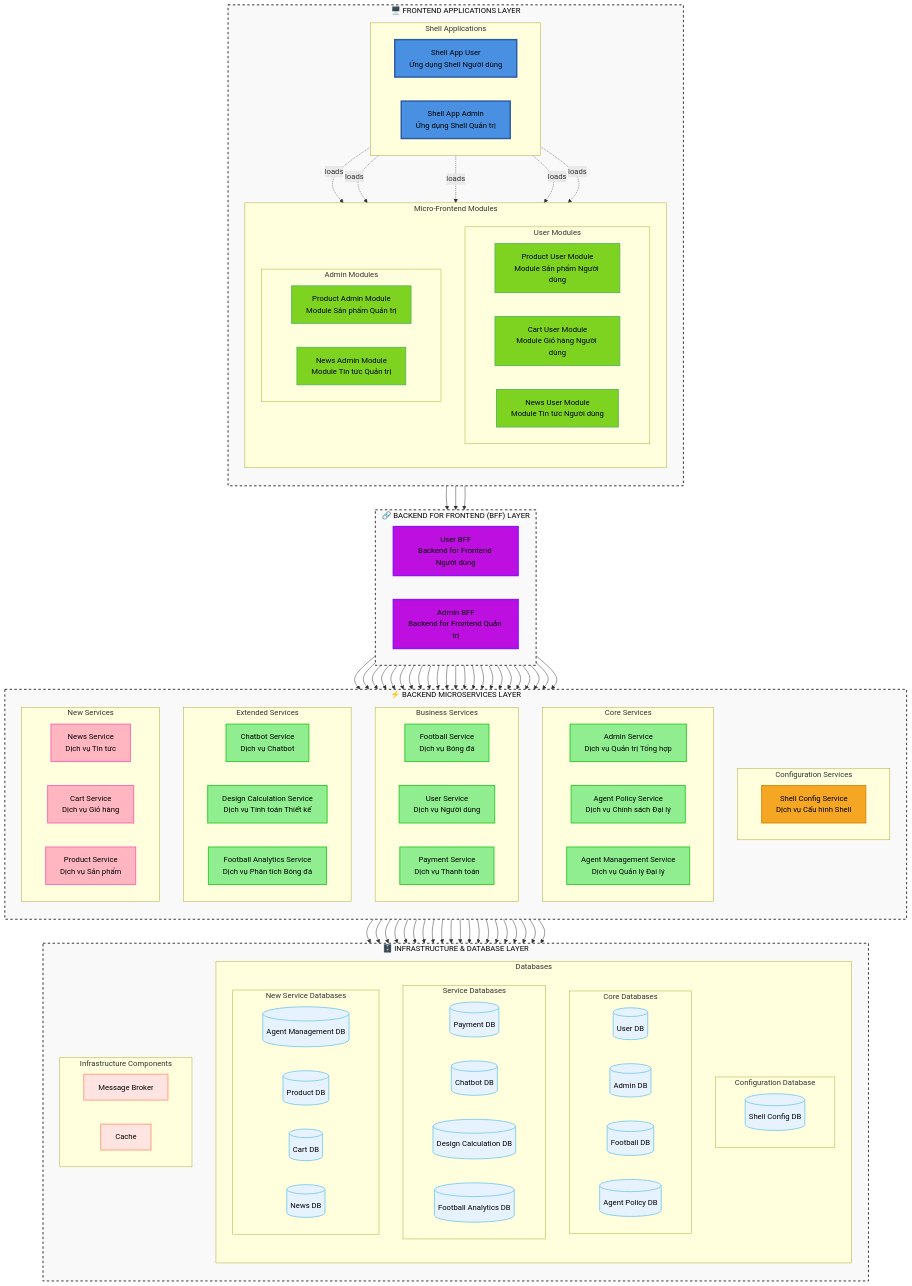
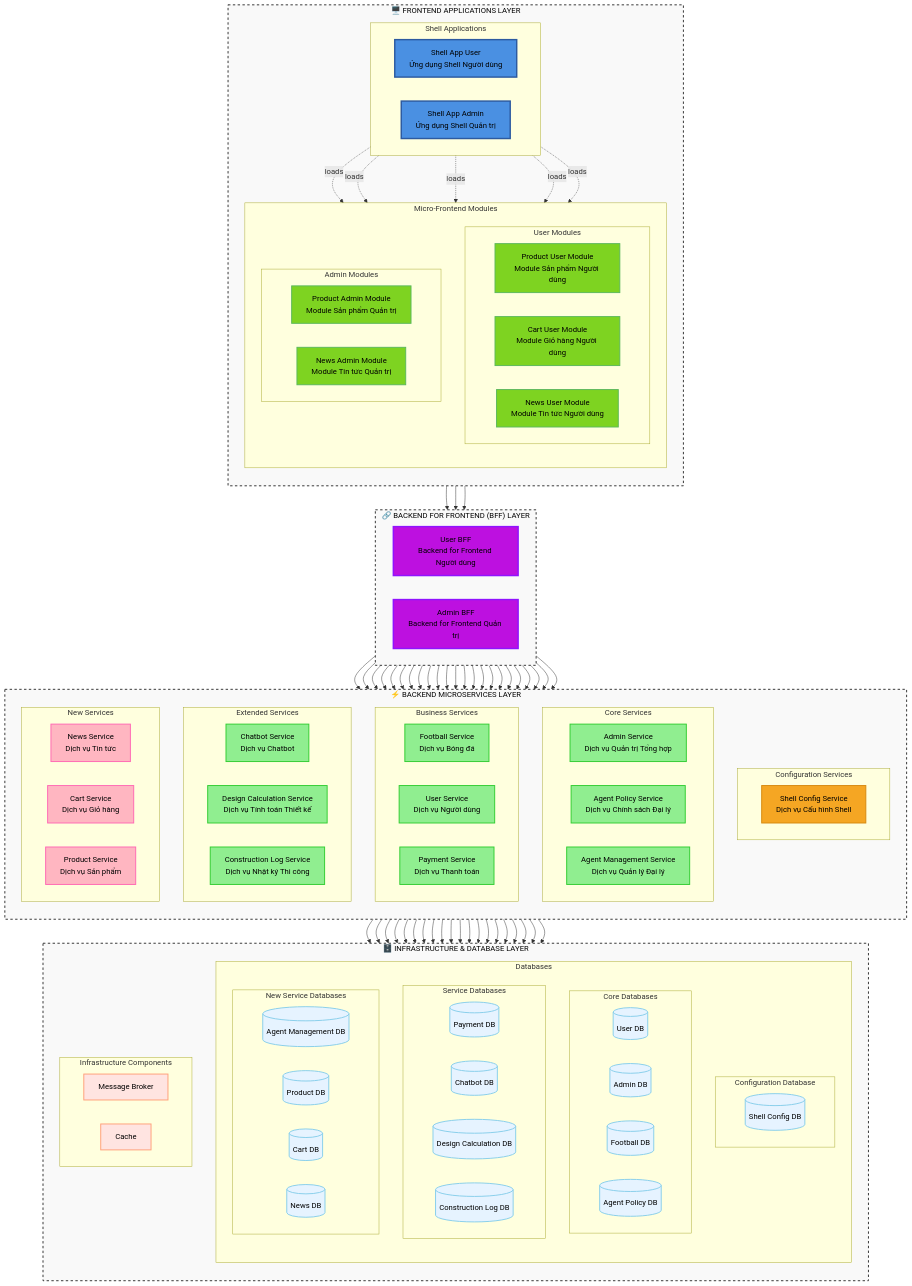
Before and after one commit to khpt1976-cloud/Sodo: the diagram in microservice-football-analytics.mmd, drawn with Mermaid. The commit also changed 6 other files, not shown here.

First line of the commit message:
🔄 Update: Football Analytics Service → Construction Log Service

```diff
--- a/microservice-football-analytics.mmd
+++ b/microservice-football-analytics.mmd
@@ -1,200 +1,200 @@
 flowchart TB
     %% Frontend Layer - Top Level
     subgraph Frontend["🖥️ FRONTEND APPLICATIONS LAYER"]
         direction TB
         subgraph ShellApps["Shell Applications"]
             direction LR
             SAU["Shell App User<br/>Ứng dụng Shell Người dùng"]
             SAA["Shell App Admin<br/>Ứng dụng Shell Quản trị"]
         end
         
         subgraph MicroFrontends["Micro-Frontend Modules"]
             direction TB
             subgraph UserModules["User Modules"]
                 direction LR
                 PUM["Product User Module<br/>Module Sản phẩm Người dùng"]
                 CUM["Cart User Module<br/>Module Giỏ hàng Người dùng"]
                 NUM["News User Module<br/>Module Tin tức Người dùng"]
             end
             subgraph AdminModules["Admin Modules"]
                 direction LR
                 PAM["Product Admin Module<br/>Module Sản phẩm Quản trị"]
                 NAM["News Admin Module<br/>Module Tin tức Quản trị"]
             end
         end
     end
     
     %% BFF Layer - Middle Level
     subgraph BFFLayer["🔗 BACKEND FOR FRONTEND (BFF) LAYER"]
         direction LR
         UBFF["User BFF<br/>Backend for Frontend Người dùng"]
         ABFF["Admin BFF<br/>Backend for Frontend Quản trị"]
     end
     
     %% Backend Services Layer - Lower Level
     subgraph BackendLayer["⚡ BACKEND MICROSERVICES LAYER"]
         direction TB
         subgraph ConfigServices["Configuration Services"]
             direction LR
             SCS["Shell Config Service<br/>Dịch vụ Cấu hình Shell"]
         end
         
         subgraph CoreServices["Core Services"]
             direction LR
             AS["Admin Service<br/>Dịch vụ Quản trị Tổng hợp"]
             APS["Agent Policy Service<br/>Dịch vụ Chính sách Đại lý"]
             AMS["Agent Management Service<br/>Dịch vụ Quản lý Đại lý"]
         end
         
         subgraph BusinessServices["Business Services"]
             direction LR
             FS["Football Service<br/>Dịch vụ Bóng đá"]
             US["User Service<br/>Dịch vụ Người dùng"]
             PS["Payment Service<br/>Dịch vụ Thanh toán"]
         end
         
         subgraph ExtendedServices["Extended Services"]
             direction LR
             CBS["Chatbot Service<br/>Dịch vụ Chatbot"]
             DCS["Design Calculation Service<br/>Dịch vụ Tính toán Thiết kế"]
-            FAS["Football Analytics Service<br/>Dịch vụ Phân tích Bóng đá"]
+            FAS["Construction Log Service<br/>Dịch vụ Nhật ký Thi công"]
         end
         
         subgraph NewServices["New Services"]
             direction LR
             NS["News Service<br/>Dịch vụ Tin tức"]
             CTS["Cart Service<br/>Dịch vụ Giỏ hàng"]
             PRS["Product Service<br/>Dịch vụ Sản phẩm"]
         end
     end
     
     %% Infrastructure & Database Layer - Bottom Level
     subgraph InfraLayer["🗄️ INFRASTRUCTURE & DATABASE LAYER"]
         direction TB
         subgraph Databases["Databases"]
             direction TB
             subgraph ConfigDB["Configuration Database"]
                 direction LR
                 SCDB[(Shell Config DB)]
             end
             subgraph DB1["Core Databases"]
                 direction LR
                 UDB[(User DB)]
                 ADB[(Admin DB)]
                 FDB[(Football DB)]
                 APDB[(Agent Policy DB)]
             end
             subgraph DB2["Service Databases"]
                 direction LR
                 PDB[(Payment DB)]
                 CBDB[(Chatbot DB)]
                 DCDB[(Design Calculation DB)]
-                FADB[(Football Analytics DB)]
+                FADB[(Construction Log DB)]
             end
             subgraph DB3["New Service Databases"]
                 direction LR
                 AMDB[(Agent Management DB)]
                 PRDB[(Product DB)]
                 CTDB[(Cart DB)]
                 NDB[(News DB)]
             end
         end
         
         subgraph Infrastructure["Infrastructure Components"]
             direction LR
             MB[Message Broker]
             CACHE[Cache]
         end
     end
     
     %% Vertical Layer Connections
     Frontend --> BFFLayer
     BFFLayer --> BackendLayer
     BackendLayer --> InfraLayer
     
     %% Shell App to Micro-Frontend connections
     SAU -.->|loads| PUM
     SAU -.->|loads| CUM
     SAU -.->|loads| NUM
     SAA -.->|loads| PAM
     SAA -.->|loads| NAM
     
     %% Shell Apps to BFF connections (ALL traffic goes through BFF)
     SAU --> UBFF
     SAA --> ABFF
     
     %% BFF to Shell Config Service connections (CORRECTED)
     UBFF --> SCS
     ABFF --> SCS
     
     %% User BFF to Backend Services connections
     UBFF --> US
     UBFF --> PRS
     UBFF --> CTS
     UBFF --> NS
     UBFF --> CBS
     UBFF --> PS
     UBFF --> FS
     UBFF --> DCS
     UBFF --> FAS
     
     %% Admin BFF to Backend Services connections
     ABFF --> AS
     ABFF --> APS
     ABFF --> AMS
     ABFF --> PRS
     ABFF --> NS
     ABFF --> US
     ABFF --> PS
     ABFF --> FS
     ABFF --> CBS
     ABFF --> DCS
     ABFF --> FAS
     
     %% Shell Config Service to Database
     SCS --> SCDB
     
     %% Services to Database connections
     US --> UDB
     AS --> ADB
     FS --> FDB
     APS --> APDB
     PS --> PDB
     CBS --> CBDB
     DCS --> DCDB
     FAS --> FADB
     AMS --> AMDB
     PRS --> PRDB
     CTS --> CTDB
     NS --> NDB
     
     %% Infrastructure connections
     AS --> MB
     US --> MB
     PS --> MB
     SCS --> CACHE
     AS --> CACHE
     US --> CACHE
     
     %% Styling
     classDef shellApp fill:#4a90e2,stroke:#2c5aa0,stroke-width:3px,color:#000000
     classDef microFrontend fill:#7ed321,stroke:#5cb85c,stroke-width:2px,color:#000000
     classDef shellConfig fill:#f5a623,stroke:#d68910,stroke-width:2px,color:#000000
     classDef bff fill:#bd10e0,stroke:#9013fe,stroke-width:3px,color:#000000
     classDef serviceGreen fill:#90ee90,stroke:#32cd32,stroke-width:2px,color:#000000
     classDef servicePink fill:#ffb6c1,stroke:#ff69b4,stroke-width:2px,color:#000000
     classDef database fill:#e6f3ff,stroke:#87ceeb,stroke-width:2px,color:#000000
     classDef infrastructure fill:#ffe4e1,stroke:#ffa07a,stroke-width:2px,color:#000000
     classDef layerStyle fill:#f9f9f9,stroke:#333,stroke-width:2px,stroke-dasharray: 5 5,color:#000000
     
     %% Apply classes
     class SAU,SAA shellApp
     class PUM,CUM,NUM,PAM,NAM microFrontend
     class SCS shellConfig
     class SCDB shellConfig
     class UBFF,ABFF bff
     class AS,APS,AMS,FS,US,PS,CBS,DCS,FAS serviceGreen
     class NS,CTS,PRS servicePink
     class UDB,ADB,FDB,APDB,PDB,CBDB,DCDB,FADB,AMDB,PRDB,CTDB,NDB,SCDB database
     class MB,CACHE infrastructure
     class Frontend,BFFLayer,BackendLayer,InfraLayer layerStyle
```
